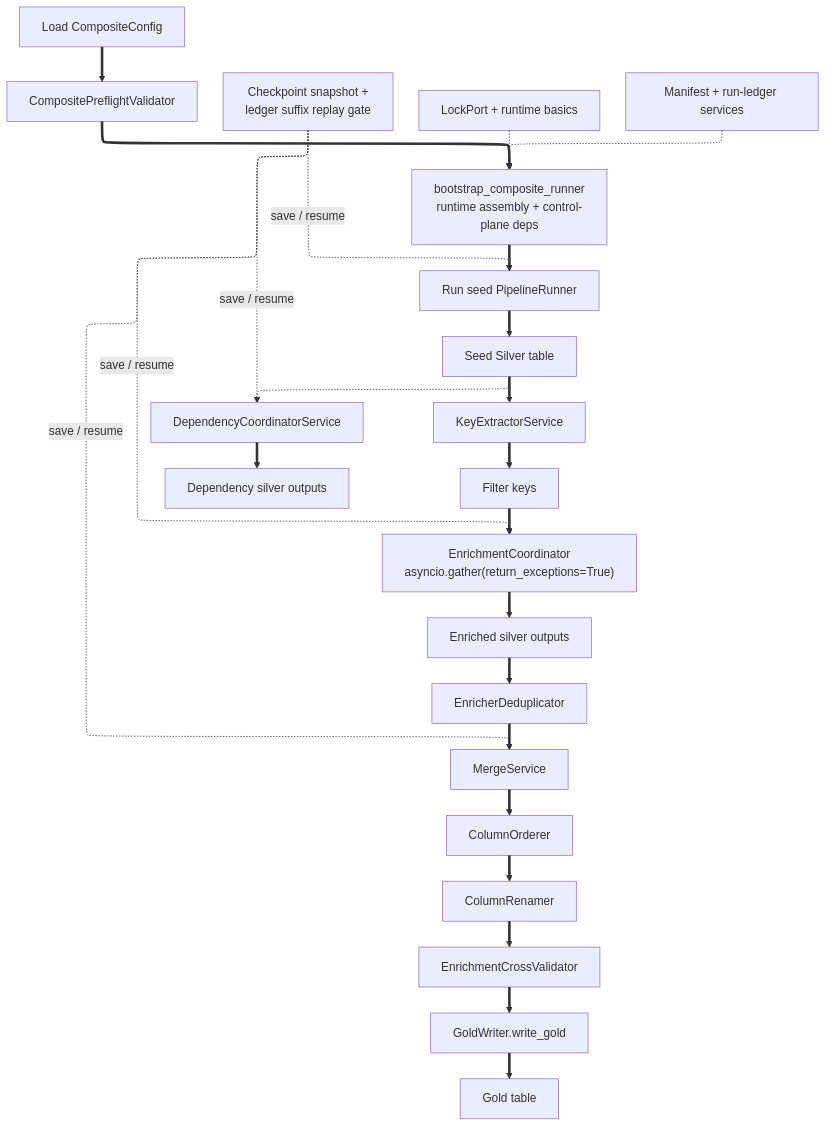
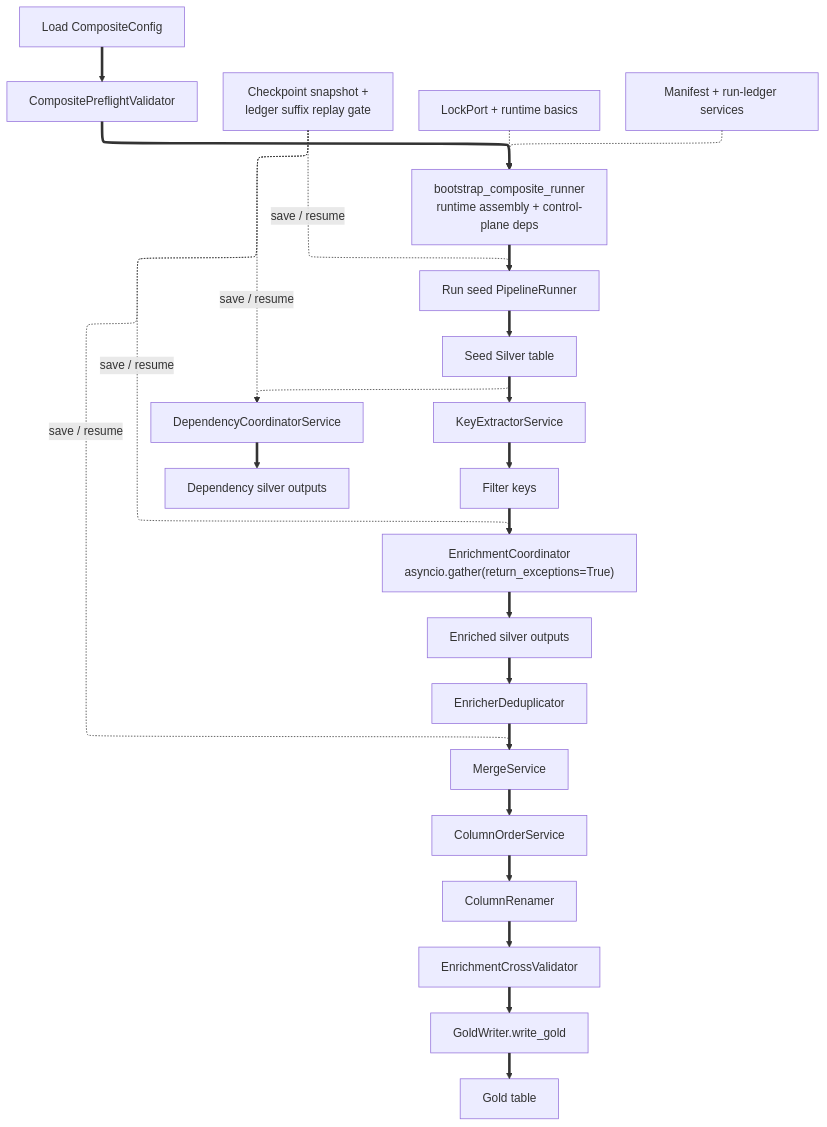
The diagram in docs/02-architecture/diagrams/views/29-composite-pipeline-workflow-full.mermaid (SatoryKono/BioactivityDataAcquisition), drawn with Mermaid before and after one commit. The commit also changed 12 other files, not shown here.

```diff
--- a/docs/02-architecture/diagrams/views/29-composite-pipeline-workflow-full.mermaid
+++ b/docs/02-architecture/diagrams/views/29-composite-pipeline-workflow-full.mermaid
@@ -1,28 +1,28 @@
 %% View: Full | Parent: (root)
 %% Parent source: docs/02-architecture/diagrams/foundation/29-composite-pipeline-workflow.mmd
 %% Full reference diagram synced with the canonical composite-workflow source.
 %% Title: Composite Pipeline Full Workflow — Seed to Gold (ADR-026)
 %% Covers: application/composite runner, checkpoint snapshot + ledger replay, runtime bootstrap
 %% Updated: 2026-04-02
 
 %% @version 1.2.0
 %% @date    2026-04-02
 %% @type    flowchart
 %% @level   Mixed (System / Component / Class)
 %% @uniform width=280 height=96 max_title_len=26 max_desc_lines=3
 %%{init: {'layout': 'elk', 'flowchart': {'subGraphTitleMargin': {'top': 12, 'bottom': 12}}, 'elk': {'mergeEdges': true, 'nodePlacementStrategy': 'BRANDES_KOEPF', 'edgeRouting': 'ORTHOGONAL'}}}%%
 flowchart TB
     CFG["Load CompositeConfig"] ==> PFV["CompositePreflightValidator"] ==> BOOT["bootstrap_composite_runner<br/>runtime assembly + control-plane deps"]
     BOOT ==> SP["Run seed PipelineRunner"] ==> SB["Seed Silver table"]
     SB -.-> DC["DependencyCoordinatorService"] ==> DOUT["Dependency silver outputs"]
     SB ==> KE["KeyExtractorService"] ==> KEYS["Filter keys"]
     KEYS ==> EC["EnrichmentCoordinator<br/>asyncio.gather(return_exceptions=True)"]
     EC ==> EOUT["Enriched silver outputs"]
-    EOUT ==> DD["EnricherDeduplicator"] ==> MS["MergeService"] ==> CO["ColumnOrderer"] ==> CR["ColumnRenamer"]
+    EOUT ==> DD["EnricherDeduplicator"] ==> MS["MergeService"] ==> CO["ColumnOrderService"] ==> CR["ColumnRenamer"]
     CR ==> XV["EnrichmentCrossValidator"] ==> GW["GoldWriter.write_gold"] ==> GT["Gold table"]
     CCM["Checkpoint snapshot +<br/>ledger suffix replay gate"] -.->|"save / resume"| SP
     CCM -.->|"save / resume"| DC
     CCM -.->|"save / resume"| EC
     CCM -.->|"save / resume"| MS
     LOCK["LockPort + runtime basics"] -.-> BOOT
     CPL["Manifest + run-ledger services"] -.-> BOOT
```
